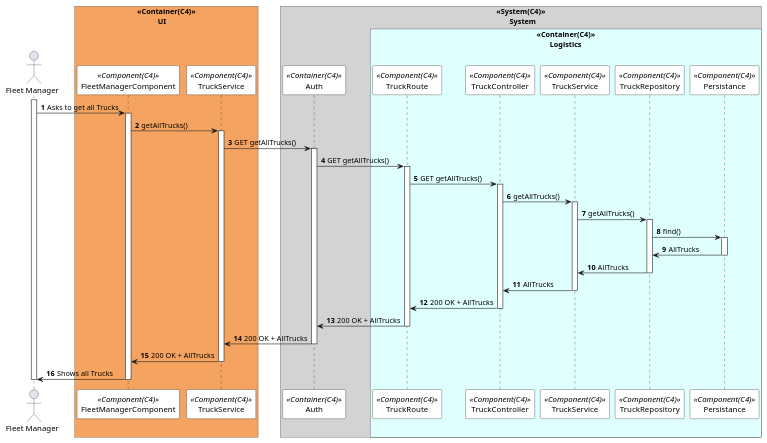
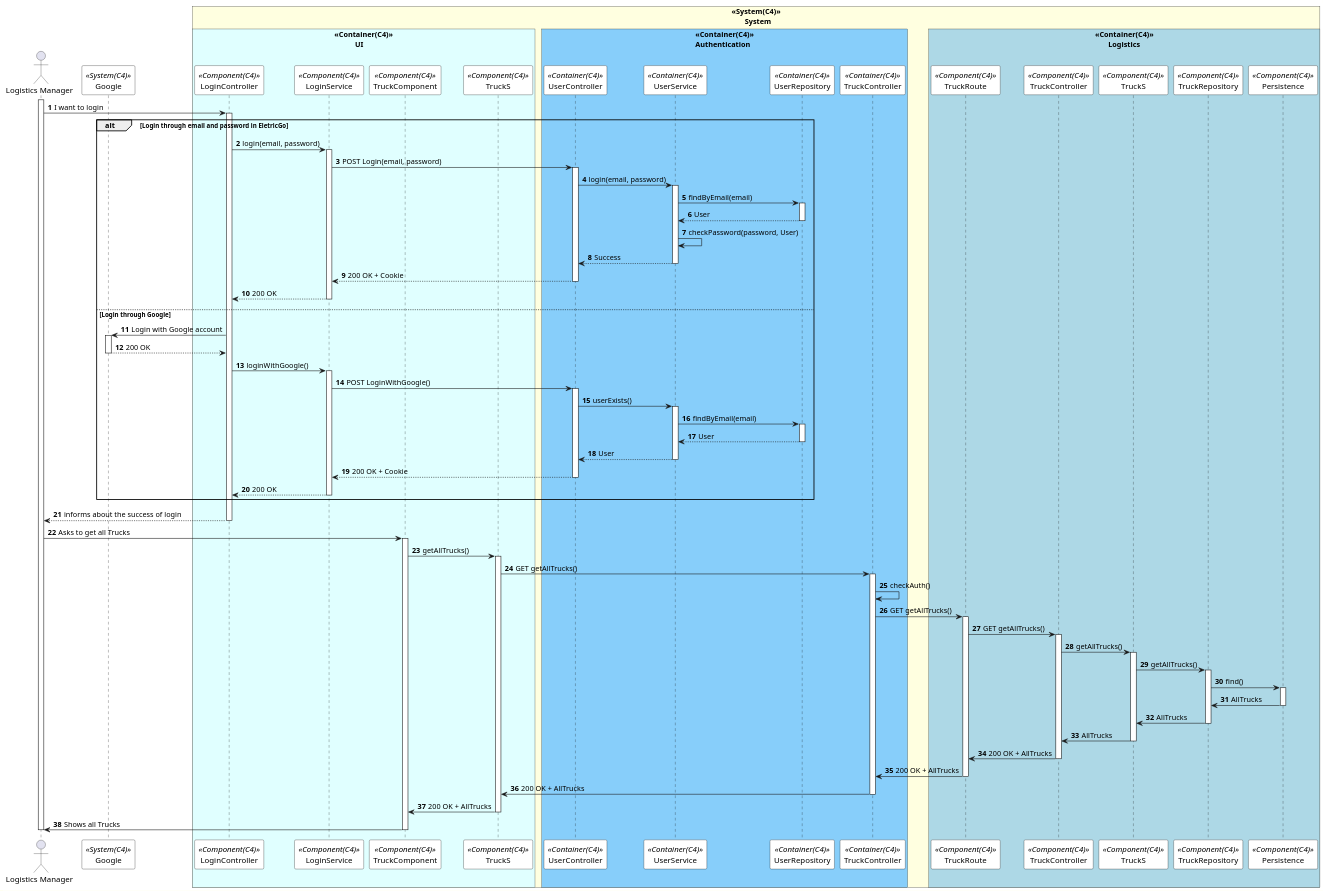
The diagram in Documents/Deployment Diagrams/Level 3 - Component/Process View/Truck/puml/getAllTrucks.puml (0franciscor/dei_3dj_057), drawn with PlantUML before and after one commit. The commit also changed 121 other files, not shown here.

```diff
--- a/Documents/Deployment Diagrams/Level 3 - Component/Process View/Truck/puml/getAllTrucks.puml
+++ b/Documents/Deployment Diagrams/Level 3 - Component/Process View/Truck/puml/getAllTrucks.puml
@@ -1,80 +1,154 @@
 @startuml getAllTrucksSD
 
 autonumber
 !pragma teoz true
 
 skinparam sequence {
 ParticipantBorderColor black
 ParticipantBackgroundColor white
 }
 
-actor "Fleet Manager" as manager
+actor "Logistics Manager" as manager
 
-box "<<Container(C4)>>\n           UI" #SandyBrown
-participant "FleetManagerComponent" as FleetManagerComponent <<Component(C4)>>
-participant "TruckService" as TruckService <<Component(C4)>>
-end box
+participant Google as Google <<System(C4)>>
+box "<<System(C4)>>\n       System" #LightYellow
+    box "<<Container(C4)>>\n           UI" #LightCyan
+        
+        participant LoginController as LoginC <<Component(C4)>>
+        participant LoginService as LoginS <<Component(C4)>>
+    
+    
+    
+        participant TruckComponent as TruckC <<Component(C4)>>
+        participant TruckS as TruckS <<Component(C4)>>
+        
 
-box "<<System(C4)>>\n       System" #LightGray
-participant Auth as  Auth <<Container(C4)>>
-box "<<Container(C4)>>\n       Logistics" #LightCyan
-participant TruckRoute as Route <<Component(C4)>>
-participant TruckController as Controller <<Component(C4)>>
-participant TruckService as Service <<Component(C4)>>
-participant TruckRepository as Repository <<Component(C4)>>
-participant Persistance as Persistance <<Component(C4)>>
+    end box
+
+    box "<<Container(C4)>>\nAuthentication" #LightSkyBlue
+
+        participant UserController as UserCTRL <<Container(C4)>> 
+        participant UserService as UserServ <<Container(C4)>> 
+        participant UserRepository as UserRepo <<Container(C4)>> 
+
+        participant TruckController as TruckCTRL <<Container(C4)>>
+
+    end box
+    box "<<Container(C4)>>\n       Logistics" #LightBlue
+        participant TruckRoute as Route <<Component(C4)>>
+        participant TruckController as Controller <<Component(C4)>>
+        participant TruckS as Service <<Component(C4)>>
+        participant TruckRepository as Repository <<Component(C4)>>
+        participant Persistence as Persistence <<Component(C4)>>
+    end box
+
 end box
 
 
+activate manager
+manager->LoginC: I want to login
+activate LoginC
 
-activate manager
+alt Login through email and password in EletricGo
 
-manager -> FleetManagerComponent: Asks to get all Trucks
-activate FleetManagerComponent
-FleetManagerComponent -> TruckService: getAllTrucks()
-activate TruckService
-TruckService -> Auth: GET getAllTrucks()
-activate Auth
-Auth -> Route: GET getAllTrucks()
+
+    LoginC -> LoginS: login(email, password)
+    activate LoginS
+    LoginS -> UserCTRL: POST Login(email, password)
+    activate UserCTRL
+
+    UserCTRL -> UserServ: login(email, password)
+    activate UserServ
+    UserServ -> UserRepo: findByEmail(email)
+    activate UserRepo
+    UserRepo --> UserServ: User
+    deactivate UserRepo
+    UserServ -> UserServ: checkPassword(password, User)
+    UserServ --> UserCTRL: Success
+    deactivate UserServ
+
+
+    UserCTRL --> LoginS: 200 OK + Cookie
+    deactivate UserCTRL
+
+    LoginS --> LoginC: 200 OK
+    deactivate LoginS
+
+else Login through Google
+
+    LoginC -> Google: Login with Google account
+    activate Google
+    Google --> LoginC: 200 OK
+    deactivate Google
+    LoginC -> LoginS: loginWithGoogle()
+    activate LoginS
+    LoginS -> UserCTRL: POST LoginWithGoogle()
+    activate UserCTRL
+    UserCTRL -> UserServ: userExists()
+    activate UserServ
+    UserServ -> UserRepo: findByEmail(email)
+    activate UserRepo
+    UserRepo --> UserServ: User
+    deactivate UserRepo
+    UserServ --> UserCTRL: User
+    deactivate UserServ
+    UserCTRL --> LoginS: 200 OK + Cookie
+    deactivate UserCTRL
+    LoginS --> LoginC: 200 OK
+    deactivate LoginS
+
+    deactivate Google
+
+end
+
+
+
+LoginC --> manager: informs about the success of login
+deactivate LoginC
+
+
+manager -> TruckC: Asks to get all Trucks
+activate TruckC
+TruckC -> TruckS: getAllTrucks()
+activate TruckS
+TruckS -> TruckCTRL: GET getAllTrucks()
+activate TruckCTRL
+TruckCTRL -> TruckCTRL: checkAuth()
+TruckCTRL -> Route: GET getAllTrucks()
 activate Route
 Route -> Controller: GET getAllTrucks()
 activate Controller
 
 
 
 Controller -> Service: getAllTrucks()
 activate Service
 
 Service -> Repository: getAllTrucks()
 activate Repository
-Repository -> Persistance: find()
-activate Persistance
+Repository -> Persistence: find()
+activate Persistence
 
 
 
-Persistance -> Repository: AllTrucks
-deactivate Persistance
+Persistence -> Repository: AllTrucks
+deactivate Persistence
 Repository->Service: AllTrucks
 deactivate Repository
 
 Service -> Controller: AllTrucks
 deactivate Service
 Controller->Route: 200 OK + AllTrucks
 deactivate Controller
-Route->Auth: 200 OK + AllTrucks
+Route->TruckCTRL: 200 OK + AllTrucks
 deactivate Route
-
-
-Auth->TruckService: 200 OK + AllTrucks
-deactivate Auth
-TruckService->FleetManagerComponent: 200 OK + AllTrucks
-deactivate TruckService
-FleetManagerComponent->manager: Shows all Trucks
-deactivate FleetManagerComponent
+TruckCTRL->TruckS: 200 OK + AllTrucks
+deactivate TruckCTRL
+TruckS->TruckC: 200 OK + AllTrucks
+deactivate TruckS
+TruckC->manager: Shows all Trucks
+deactivate TruckC
 deactivate manager
 
 
-
-
-
 @enduml
```
